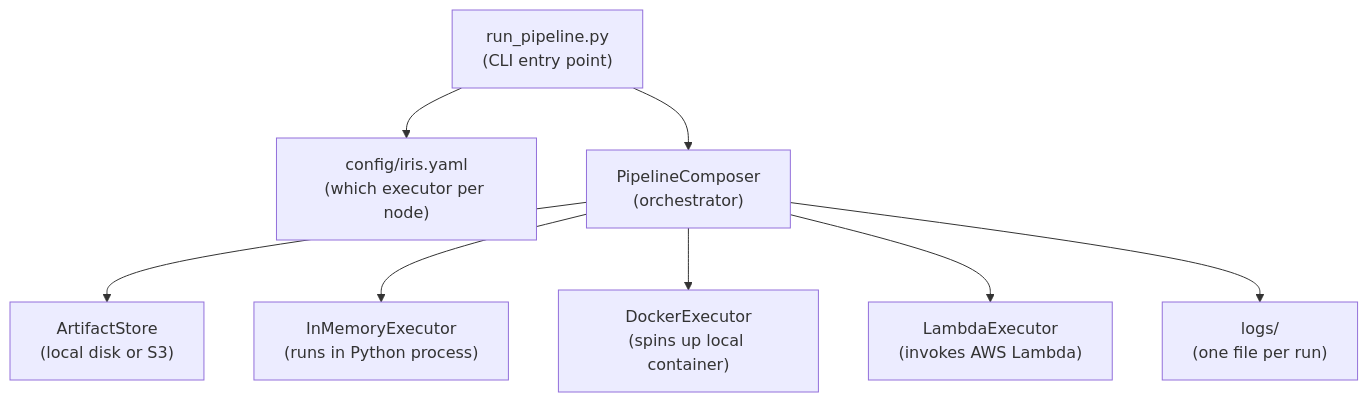
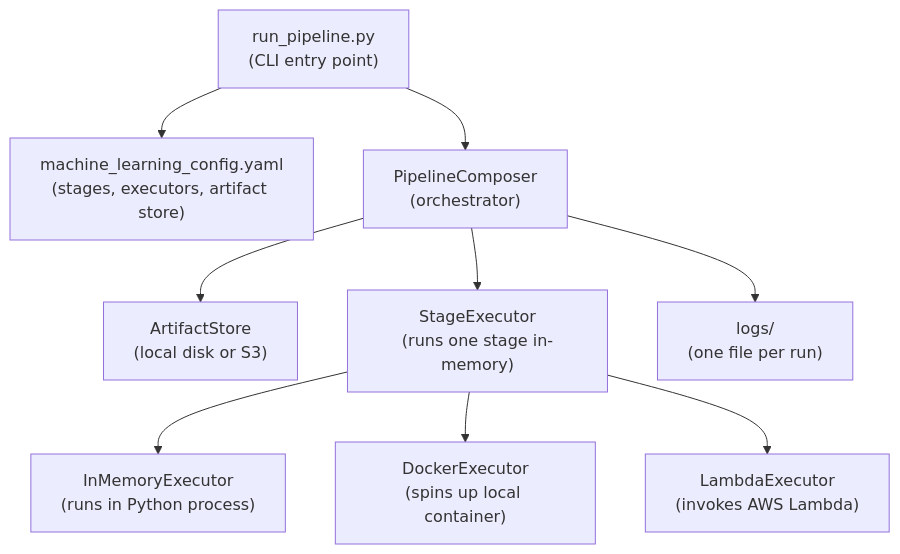
The first of 3 diagrams in fn_graph/examples/solution/README.md (ganeshhgupta/fn_graph), drawn with Mermaid before and after one commit. The commit also changed other lines of this file, not shown here.

Commit message:
docs: update README with stage partitioning, env vars, and run instructions

````diff
--- a/fn_graph/examples/solution/README.md
+++ b/fn_graph/examples/solution/README.md
@@ -9,19 +9,21 @@
 ```mermaid
 graph TD
     CLI["run_pipeline.py\n(CLI entry point)"]
-    CFG["config/iris.yaml\n(which executor per node)"]
+    CFG["machine_learning_config.yaml\n(stages, executors, artifact store)"]
     ORC["PipelineComposer\n(orchestrator)"]
     ART["ArtifactStore\n(local disk or S3)"]
+    SA["StageExecutor\n(runs one stage in-memory)"]
     MEM["InMemoryExecutor\n(runs in Python process)"]
     DOC["DockerExecutor\n(spins up local container)"]
     LAM["LambdaExecutor\n(invokes AWS Lambda)"]
     LOG["logs/\n(one file per run)"]
 
     CLI --> CFG
     CLI --> ORC
     ORC --> ART
-    ORC --> MEM
-    ORC --> DOC
-    ORC --> LAM
+    ORC --> SA
+    SA --> MEM
+    SA --> DOC
+    SA --> LAM
     ORC --> LOG
 ```
````
